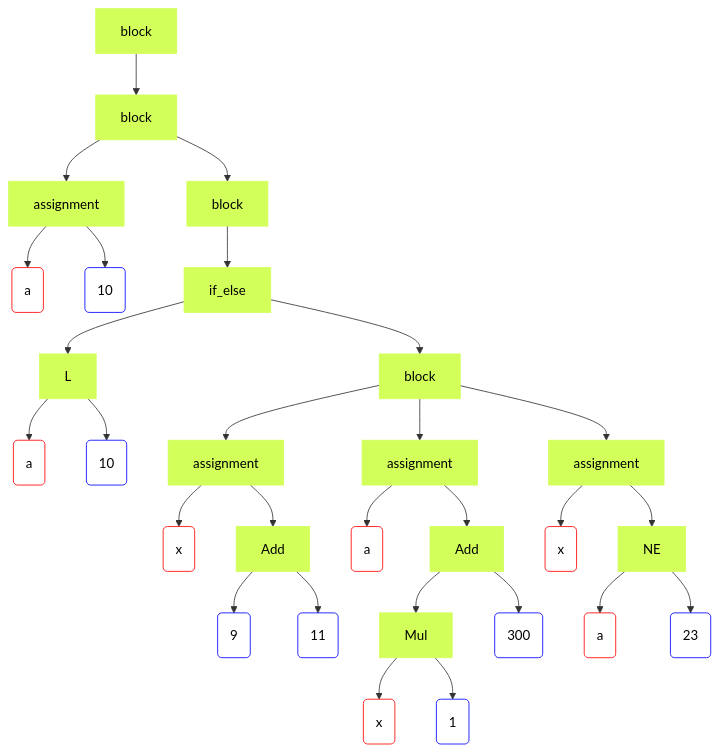
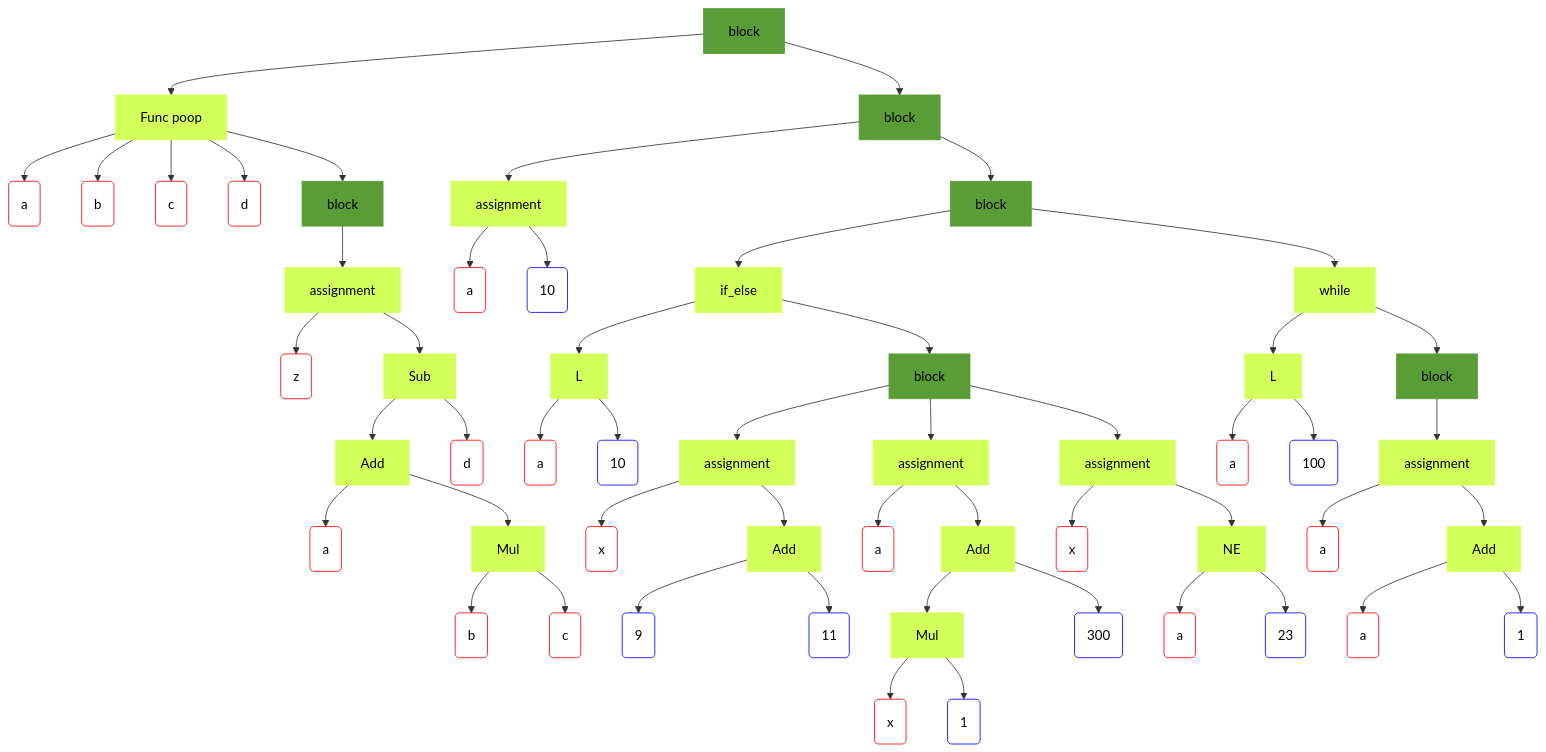
The diagram in compiler/ast.mmd (Matvey787/Language), drawn with Mermaid before and after one commit. The commit also changed 9 other files, not shown here.

Commit message:
- fix bugs in AnyNode The Problem Of The Greedy Constructor - add while, function defenition node - cleanup code - add new visit functions in mmd generator (while/func definition)

```diff
--- a/compiler/ast.mmd
+++ b/compiler/ast.mmd
@@ -1,66 +1,118 @@
 graph TD
 
 %% Available styles
 classDef Lit_int_ fill:#ffffff, stroke:#0000ff, color:#000000;
 classDef Lit_std__string_ fill:#ffffff, stroke:#ff0000, color:#000000;
 classDef BinOp fill:#d3ff5b, stroke:#d3ff5b, color:#000000;
 classDef Assign fill:#d3ff5b, stroke:#d3ff5b, color:#000000;
-classDef Block fill:#d3ff5b, stroke:#d3ff5b, color:#000000;
+classDef Block fill:#5a9d36, stroke:#5a9d36, color:#000000;
 classDef IfElse fill:#d3ff5b, stroke:#d3ff5b, color:#000000;
+classDef While fill:#d3ff5b, stroke:#d3ff5b, color:#000000;
+classDef Func fill:#d3ff5b, stroke:#d3ff5b, color:#000000;
 
 %% AST tree
 1[block]:::Block
-2[block]:::Block
-4(a):::Lit_std__string_
-5(10):::Lit_int_
-3[assignment]:::Assign
-3 --> 4
-3 --> 5
+2[Func poop]:::Func
+3(a):::Lit_std__string_
 2 --> 3
-6[block]:::Block
-9(a):::Lit_std__string_
-10(10):::Lit_int_
-8[L]:::BinOp
+4(b):::Lit_std__string_
+2 --> 4
+5(c):::Lit_std__string_
+2 --> 5
+6(d):::Lit_std__string_
+2 --> 6
+7[block]:::Block
+9(z):::Lit_std__string_
+12(a):::Lit_std__string_
+14(b):::Lit_std__string_
+15(c):::Lit_std__string_
+13[Mul]:::BinOp
+13 --> 14
+13 --> 15
+11[Add]:::BinOp
+11 --> 12
+11 --> 13
+16(d):::Lit_std__string_
+10[Sub]:::BinOp
+10 --> 11
+10 --> 16
+8[assignment]:::Assign
 8 --> 9
 8 --> 10
-11[block]:::Block
-13(x):::Lit_std__string_
-15(9):::Lit_int_
-16(11):::Lit_int_
-14[Add]:::BinOp
-14 --> 15
-14 --> 16
-12[assignment]:::Assign
-12 --> 13
-12 --> 14
-11 --> 12
-18(a):::Lit_std__string_
-21(x):::Lit_std__string_
-22(1):::Lit_int_
-20[Mul]:::BinOp
-20 --> 21
-20 --> 22
-23(300):::Lit_int_
-19[Add]:::BinOp
-19 --> 20
-19 --> 23
-17[assignment]:::Assign
+7 --> 8
+2 --> 7
+1 --> 2
+17[block]:::Block
+19(a):::Lit_std__string_
+20(10):::Lit_int_
+18[assignment]:::Assign
+18 --> 19
+18 --> 20
 17 --> 18
-17 --> 19
-11 --> 17
-25(x):::Lit_std__string_
-27(a):::Lit_std__string_
-28(23):::Lit_int_
-26[NE]:::BinOp
+21[block]:::Block
+24(a):::Lit_std__string_
+25(10):::Lit_int_
+23[L]:::BinOp
+23 --> 24
+23 --> 25
+26[block]:::Block
+28(x):::Lit_std__string_
+30(9):::Lit_int_
+31(11):::Lit_int_
+29[Add]:::BinOp
+29 --> 30
+29 --> 31
+27[assignment]:::Assign
+27 --> 28
+27 --> 29
 26 --> 27
-26 --> 28
-24[assignment]:::Assign
-24 --> 25
-24 --> 26
-11 --> 24
-7[if_else]:::IfElse
-7 --> 8
-7 --> 11
-6 --> 7
-2 --> 6
-1 --> 2
+33(a):::Lit_std__string_
+36(x):::Lit_std__string_
+37(1):::Lit_int_
+35[Mul]:::BinOp
+35 --> 36
+35 --> 37
+38(300):::Lit_int_
+34[Add]:::BinOp
+34 --> 35
+34 --> 38
+32[assignment]:::Assign
+32 --> 33
+32 --> 34
+26 --> 32
+40(x):::Lit_std__string_
+42(a):::Lit_std__string_
+43(23):::Lit_int_
+41[NE]:::BinOp
+41 --> 42
+41 --> 43
+39[assignment]:::Assign
+39 --> 40
+39 --> 41
+26 --> 39
+22[if_else]:::IfElse
+22 --> 23
+22 --> 26
+21 --> 22
+46(a):::Lit_std__string_
+47(100):::Lit_int_
+45[L]:::BinOp
+45 --> 46
+45 --> 47
+48[block]:::Block
+50(a):::Lit_std__string_
+52(a):::Lit_std__string_
+53(1):::Lit_int_
+51[Add]:::BinOp
+51 --> 52
+51 --> 53
+49[assignment]:::Assign
+49 --> 50
+49 --> 51
+48 --> 49
+44[while]:::While
+44 --> 45
+44 --> 48
+21 --> 44
+17 --> 21
+1 --> 17
```
